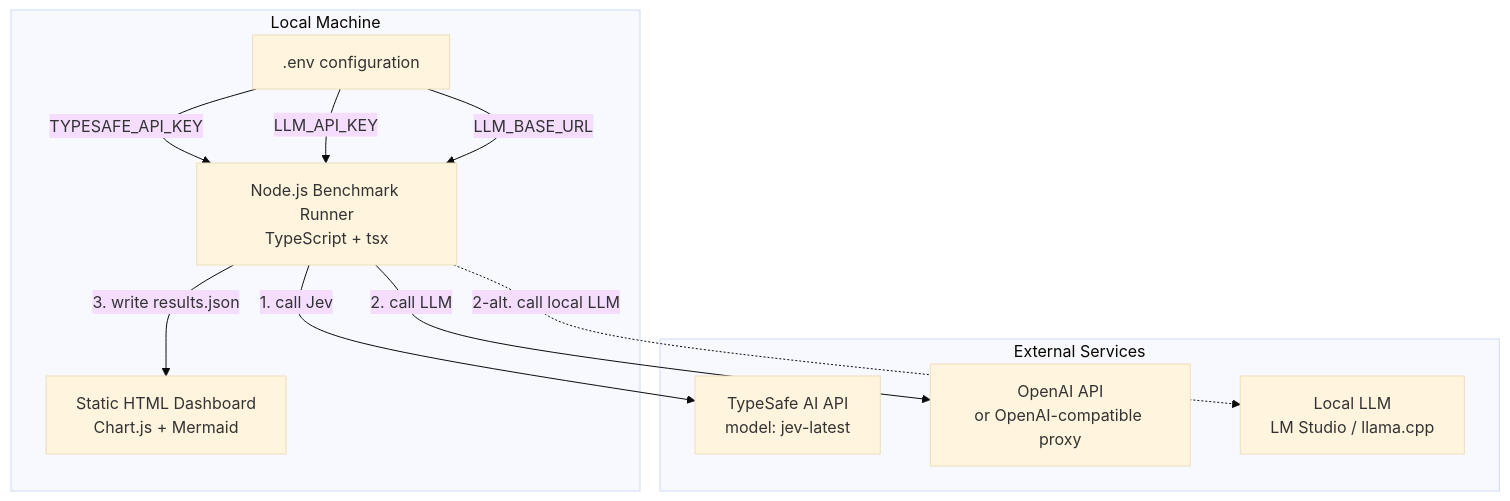
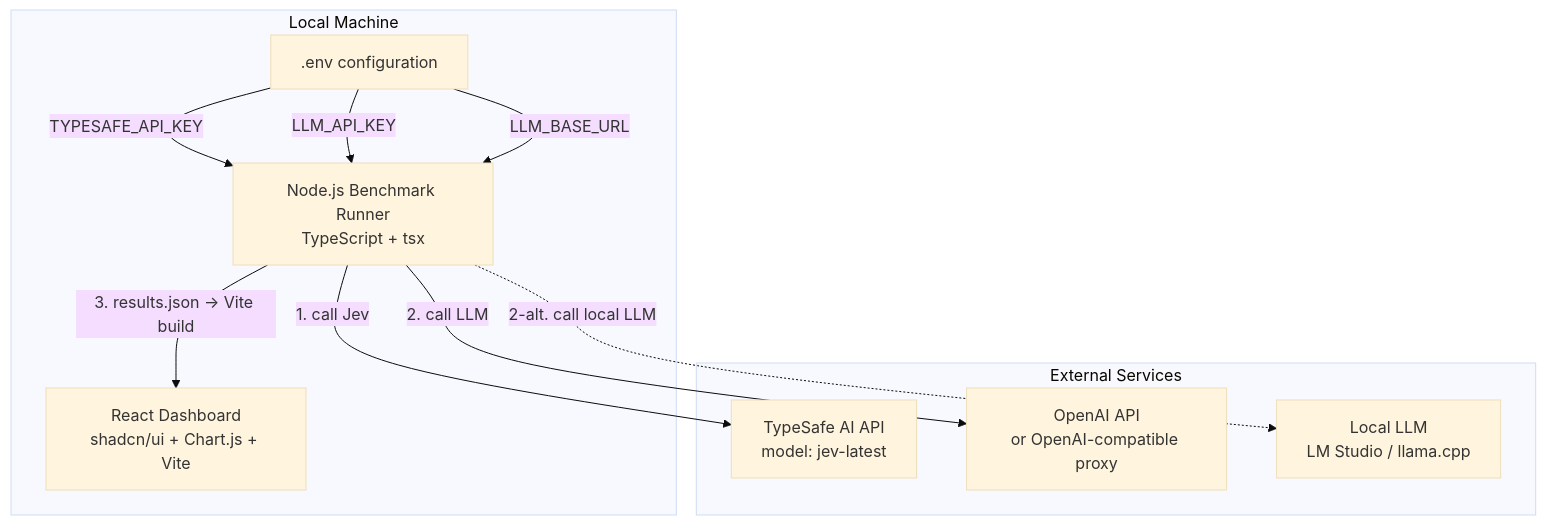
One commit to Chronona/jev-llm-benchmark changed the second of 4 diagrams in docs/c4-model.md. Above: the diagram before and after it, drawn with Mermaid (base theme). The commit also changed other lines of this file and 30 other files, not shown here.

````diff
--- a/docs/c4-model.md
+++ b/docs/c4-model.md
@@ -26,22 +26,22 @@
 ```mermaid
 flowchart TB
     subgraph "Local Machine"
         Runner[Node.js Benchmark Runner<br/>TypeScript + tsx]
-        HTML[Static HTML Dashboard<br/>Chart.js + Mermaid]
+        HTML[React Dashboard<br/>shadcn/ui + Chart.js + Vite]
         Env[.env configuration]
     end
 
     subgraph "External Services"
         TS[TypeSafe AI API<br/>model: jev-latest]
         OAI[OpenAI API<br/>or OpenAI-compatible proxy]
         LocalLLM[Local LLM<br/>LM Studio / llama.cpp]
     end
 
     Env -->|TYPESAFE_API_KEY| Runner
     Env -->|LLM_API_KEY| Runner
     Env -->|LLM_BASE_URL| Runner
     Runner -->|1. call Jev| TS
     Runner -->|2. call LLM| OAI
     Runner -.->|2-alt. call local LLM| LocalLLM
-    Runner -->|3. write results.json| HTML
+    Runner -->|3. results.json → Vite build| HTML
 ```
````
